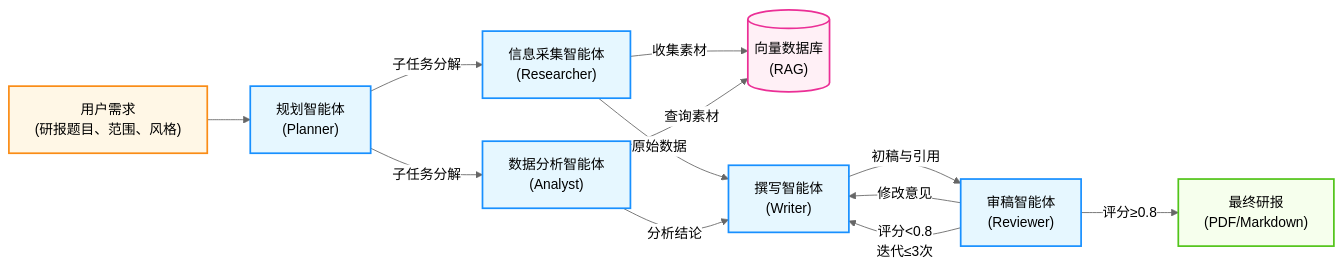
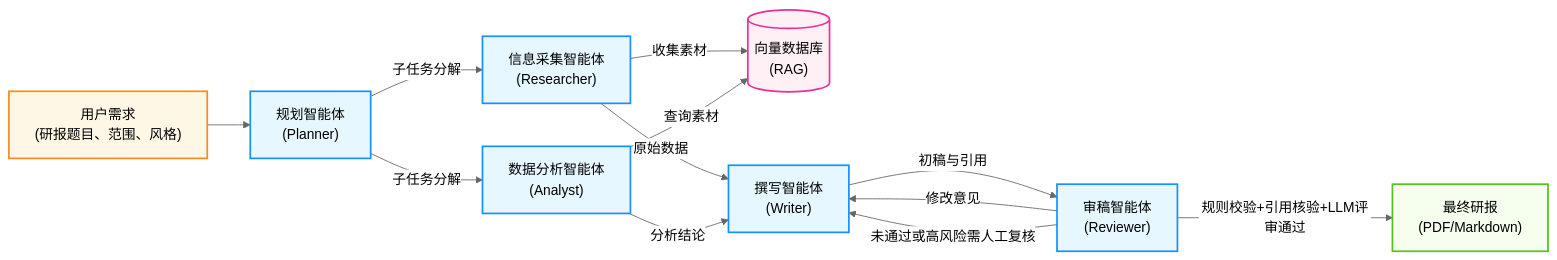
Before and after one commit to yeasy/agentic_ai_guide: the second of 2 diagrams in 12_appendix/12.4_case_templates.md, drawn with Mermaid (neutral theme). The commit also changed other lines of this file and 53 other files, not shown here.

````diff
--- a/12_appendix/12.4_case_templates.md
+++ b/12_appendix/12.4_case_templates.md
@@ -156,23 +158,23 @@
 ```mermaid
 graph LR
     User["用户需求<br/>(研报题目、范围、风格)"] --> Planner["规划智能体<br/>(Planner)"]
     Planner -->|子任务分解| Researcher["信息采集智能体<br/>(Researcher)"]
     Planner -->|子任务分解| Analyst["数据分析智能体<br/>(Analyst)"]
     Researcher -->|收集素材| SharedDB[("向量数据库<br/>(RAG)")]
     Analyst -->|查询素材| SharedDB
     Researcher -->|原始数据| Writer["撰写智能体<br/>(Writer)"]
     Analyst -->|分析结论| Writer
     Writer -->|初稿与引用| Reviewer["审稿智能体<br/>(Reviewer)"]
     Reviewer -->|修改意见| Writer
-    Reviewer -->|评分≥0.8| Output["最终研报<br/>(PDF/Markdown)"]
-    Reviewer -->|评分<0.8<br/>迭代≤3次| Writer
+    Reviewer -->|规则校验+引用核验+LLM评审通过| Output["最终研报<br/>(PDF/Markdown)"]
+    Reviewer -->|未通过或高风险需人工复核| Writer
 
     style User fill:#fff7e6,stroke:#fa8c16,stroke-width:2px
     style Planner fill:#e6f7ff,stroke:#1890ff,stroke-width:2px
     style Researcher fill:#e6f7ff,stroke:#1890ff,stroke-width:2px
     style Analyst fill:#e6f7ff,stroke:#1890ff,stroke-width:2px
     style Writer fill:#e6f7ff,stroke:#1890ff,stroke-width:2px
     style Reviewer fill:#e6f7ff,stroke:#1890ff,stroke-width:2px
     style SharedDB fill:#fff0f6,stroke:#eb2f96,stroke-width:2px
     style Output fill:#f6ffed,stroke:#52c41a,stroke-width:2px
 ```
````
